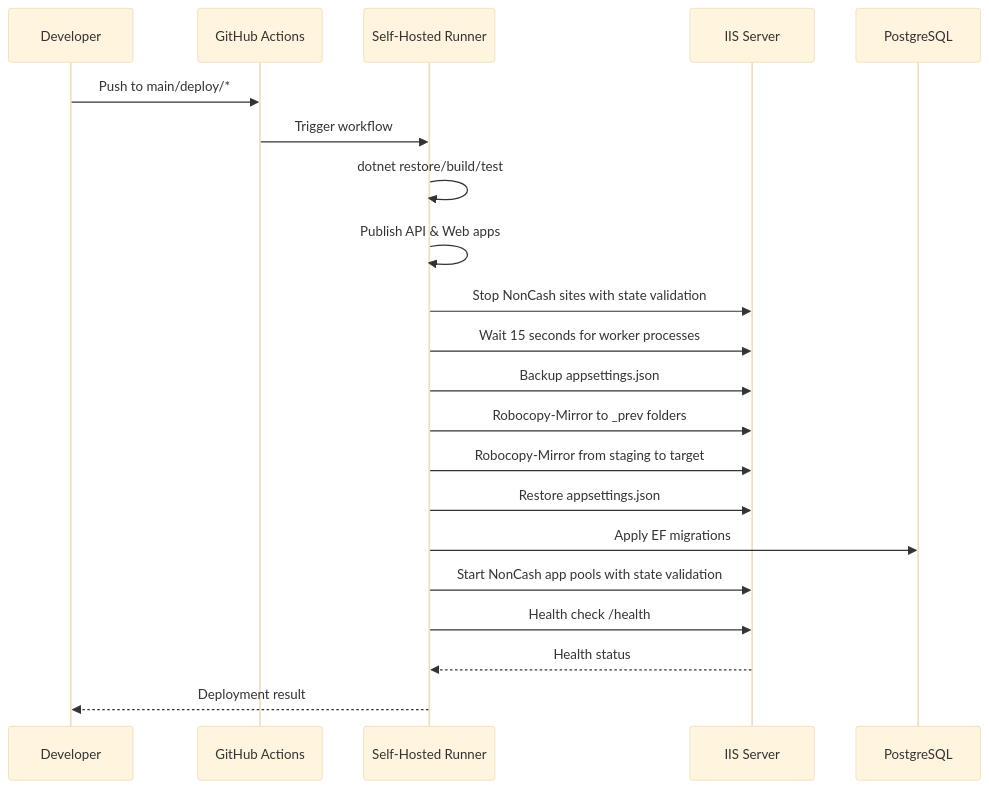
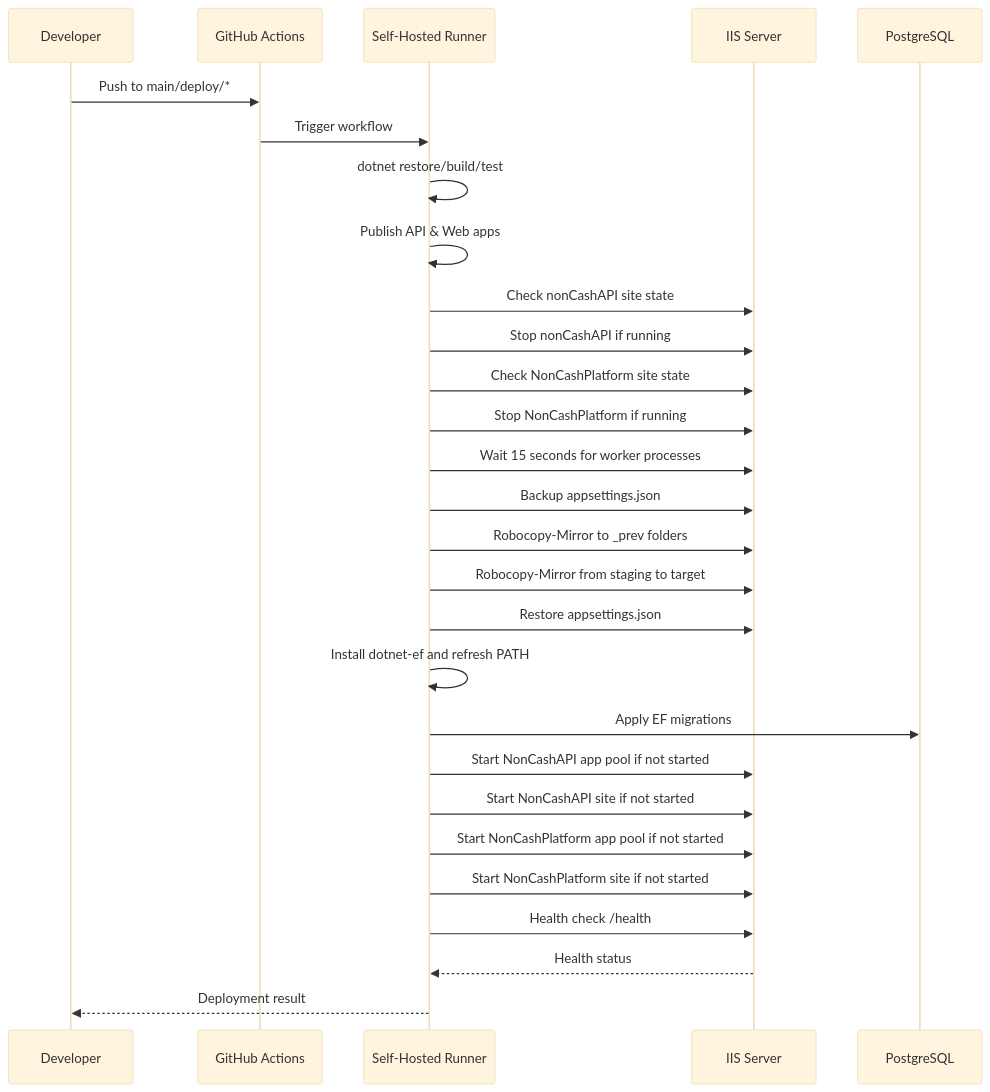
Before and after one commit to lamhongbac/NonCash: the third of 7 diagrams in .qoder/repowiki/en/content/Configuration and Deployment/Deployment Strategies and Infrastructure.md, drawn with Mermaid (base theme). The commit also changed other lines of this file and 26 other files, not shown here.

````diff
--- a/.qoder/repowiki/en/content/Configuration and Deployment/Deployment Strategies and Infrastructure.md
+++ b/.qoder/repowiki/en/content/Configuration and Deployment/Deployment Strategies and Infrastructure.md
@@ -252,23 +255,30 @@
 ```mermaid
 sequenceDiagram
 participant Dev as Developer
 participant GH as GitHub Actions
 participant Runner as Self-Hosted Runner
 participant IIS as IIS Server
 participant DB as PostgreSQL
 Dev->>GH : Push to main/deploy/*
 GH->>Runner : Trigger workflow
 Runner->>Runner : dotnet restore/build/test
 Runner->>Runner : Publish API & Web apps
-Runner->>IIS : Stop NonCash sites with state validation
+Runner->>IIS : Check nonCashAPI site state
+Runner->>IIS : Stop nonCashAPI if running
+Runner->>IIS : Check NonCashPlatform site state
+Runner->>IIS : Stop NonCashPlatform if running
 Runner->>IIS : Wait 15 seconds for worker processes
 Runner->>IIS : Backup appsettings.json
 Runner->>IIS : Robocopy-Mirror to _prev folders
 Runner->>IIS : Robocopy-Mirror from staging to target
 Runner->>IIS : Restore appsettings.json
+Runner->>Runner : Install dotnet-ef and refresh PATH
 Runner->>DB : Apply EF migrations
-Runner->>IIS : Start NonCash app pools with state validation
+Runner->>IIS : Start NonCashAPI app pool if not started
+Runner->>IIS : Start NonCashAPI site if not started
+Runner->>IIS : Start NonCashPlatform app pool if not started
+Runner->>IIS : Start NonCashPlatform site if not started
 Runner->>IIS : Health check /health
 IIS-->>Runner : Health status
 Runner-->>Dev : Deployment result
 ```
````
